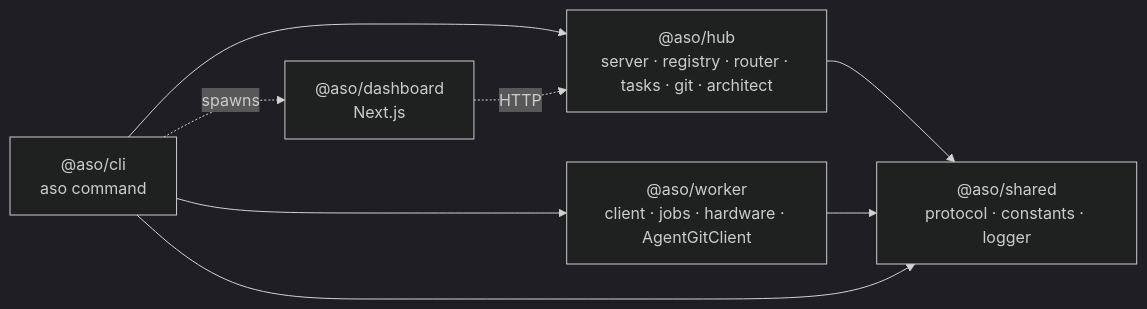
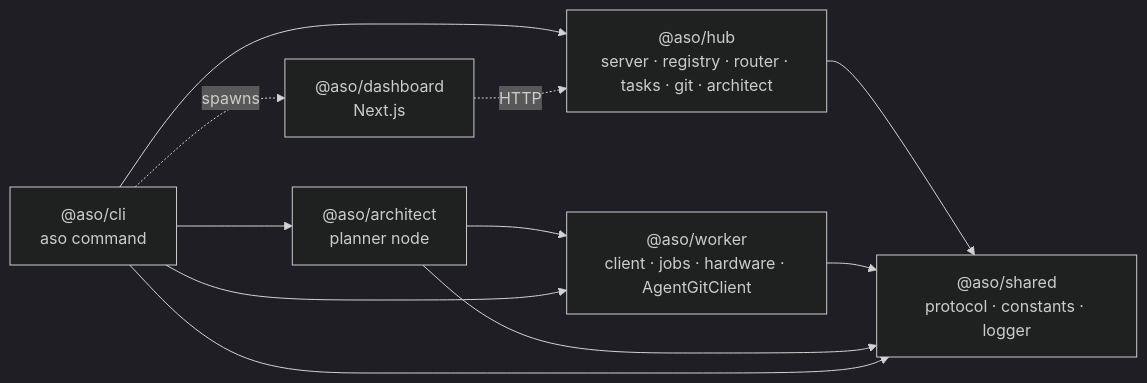
Before and after one commit to Sys64k/ai-swarm-orchestrator: the second of 12 diagrams in ARCHITECTURE.md, drawn with Mermaid (dark theme). The commit also changed other lines of this file and 42 other files, not shown here.

````diff
--- a/ARCHITECTURE.md
+++ b/ARCHITECTURE.md
@@ -102,15 +102,19 @@
 ```mermaid
 flowchart LR
   shared["@aso/shared<br/>protocol · constants · logger"]
   hub["@aso/hub<br/>server · registry · router · tasks · git · architect"]
   worker["@aso/worker<br/>client · jobs · hardware · AgentGitClient"]
+  arch["@aso/architect<br/>planner node"]
   cli["@aso/cli<br/>aso command"]
   dash["@aso/dashboard<br/>Next.js"]
   hub --> shared
   worker --> shared
+  arch --> worker
+  arch --> shared
   cli --> hub
   cli --> worker
+  cli --> arch
   cli --> shared
   cli -. "spawns" .-> dash
   dash -. "HTTP" .-> hub
 ```
````
